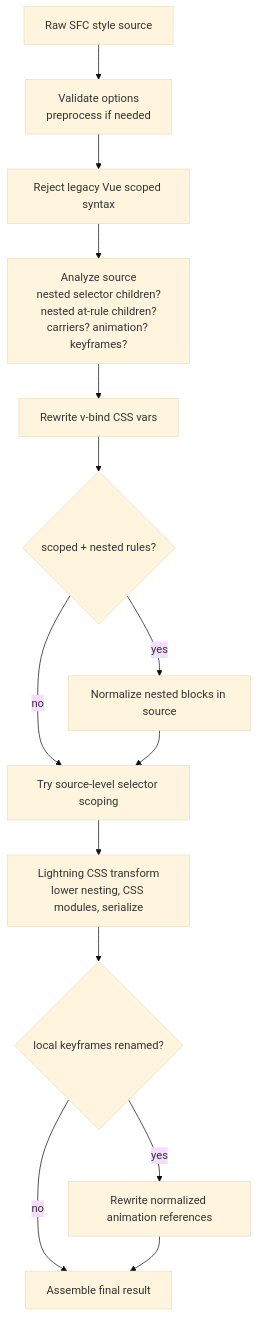
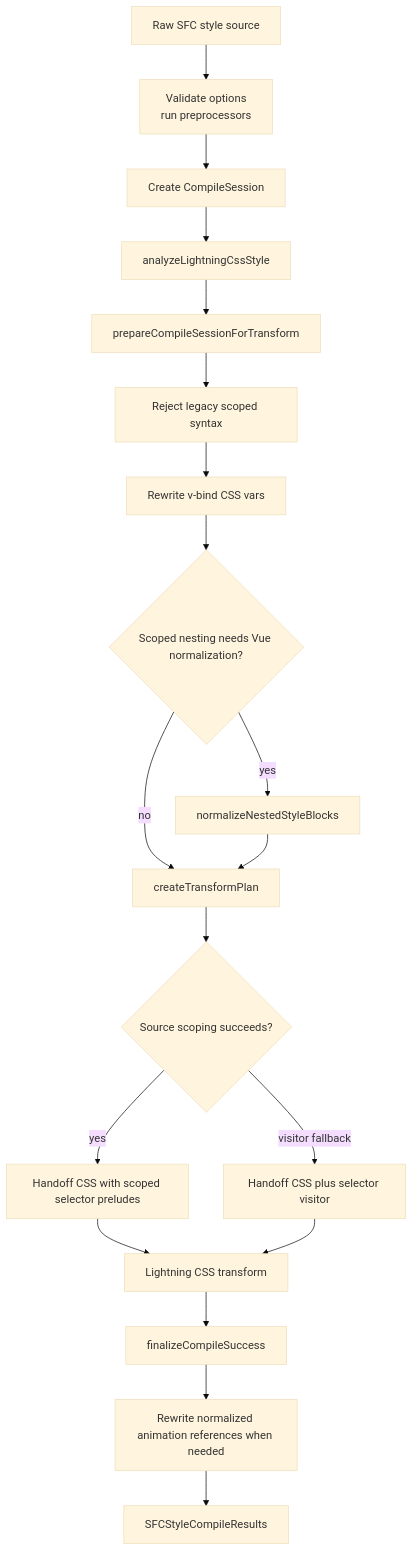
One commit to haoqunjiang/lightning-vue changed the diagram in packages/compiler/ARCHITECTURE.md. Above: the diagram before and after it, drawn with Mermaid (base theme). The commit also changed other lines of this file, not shown here.

Commit message:
docs: explain compiler performance architecture

````diff
--- a/packages/compiler/ARCHITECTURE.md
+++ b/packages/compiler/ARCHITECTURE.md
@@ -68,16 +69,21 @@
 ```mermaid
 flowchart TD
-  A[Raw SFC style source] --> B[Validate options<br/>preprocess if needed]
-  B --> C[Reject legacy Vue scoped syntax]
-  C --> D[Analyze source<br/>nested selector children?<br/>nested at-rule children?<br/>carriers? animation? keyframes?]
-  D --> E[Rewrite v-bind CSS vars]
-  E --> F{scoped + nested rules?}
-  F -- yes --> G[Normalize nested blocks in source]
-  F -- no --> H
-  G --> H[Try source-level selector scoping]
-  H --> I[Lightning CSS transform<br/>lower nesting, CSS modules, serialize]
-  I --> J{local keyframes renamed?}
-  J -- yes --> K[Rewrite normalized animation references]
-  J -- no --> L
-  K --> L[Assemble final result]
+  A[Raw SFC style source] --> B[Validate options<br/>run preprocessors]
+  B --> C[Create CompileSession]
+  C --> D[analyzeLightningCssStyle]
+  D --> E[prepareCompileSessionForTransform]
+  E --> F[Reject legacy scoped syntax]
+  F --> G[Rewrite v-bind CSS vars]
+  G --> H{Scoped nesting needs Vue normalization?}
+  H -- yes --> I[normalizeNestedStyleBlocks]
+  H -- no --> J
+  I --> J[createTransformPlan]
+  J --> K{Source scoping succeeds?}
+  K -- yes --> L[Handoff CSS with scoped selector preludes]
+  K -- visitor fallback --> M[Handoff CSS plus selector visitor]
+  L --> N[Lightning CSS transform]
+  M --> N
+  N --> O[finalizeCompileSuccess]
+  O --> P[Rewrite normalized animation references when needed]
+  P --> Q[SFCStyleCompileResults]
 ```
````
